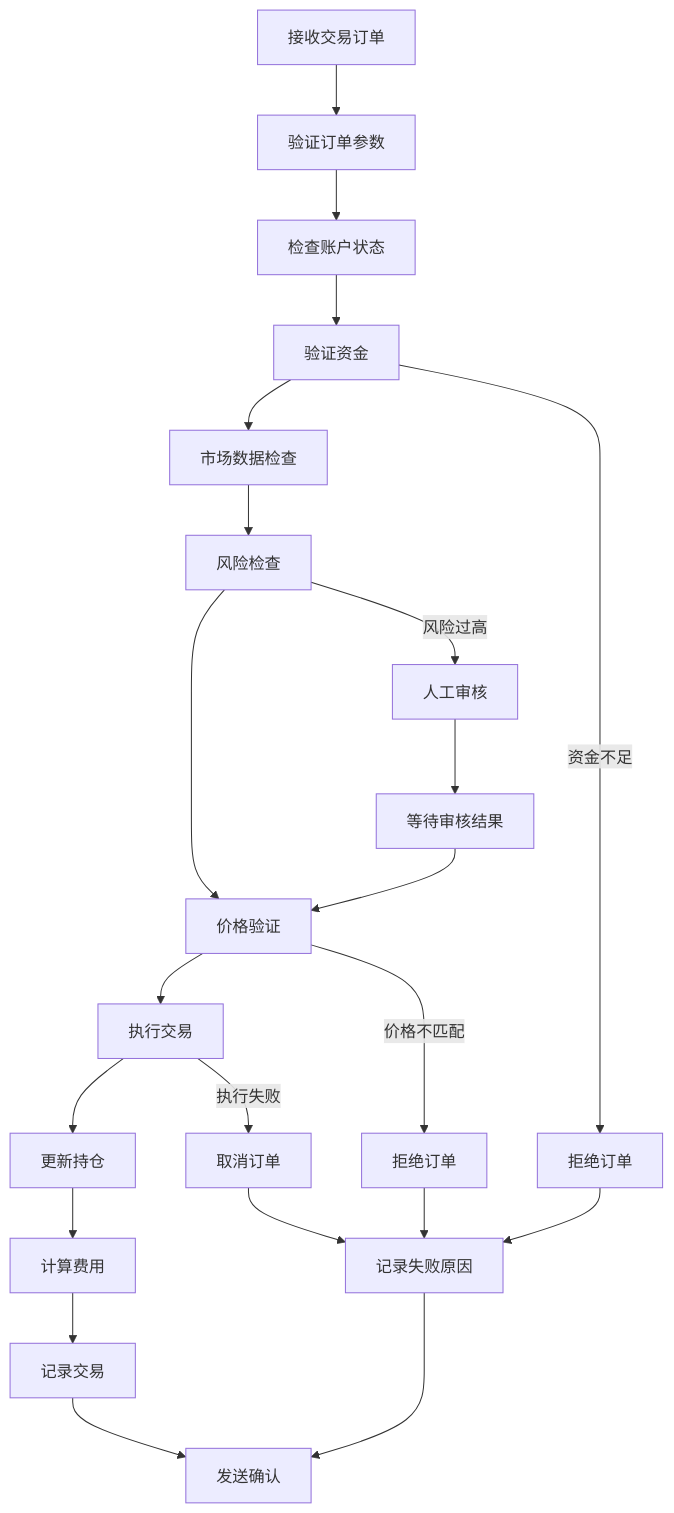
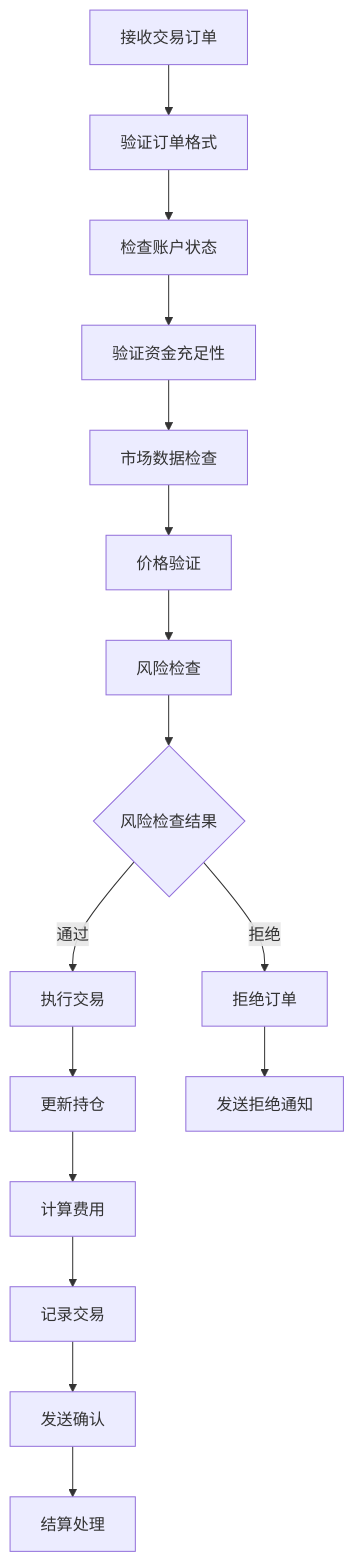
One commit to martin-ly/rust-lang changed the second of 3 diagrams in docs/industry_domains/fintech/business_modeling.md. Above: the diagram before and after it, drawn with Mermaid. The commit also changed other lines of this file and 1 other file, not shown here.

````diff
--- a/docs/industry_domains/fintech/business_modeling.md
+++ b/docs/industry_domains/fintech/business_modeling.md
@@ -630,26 +637,18 @@
 ```mermaid
 graph TD
-    A[接收交易订单] --> B[验证订单参数]
+    A[接收交易订单] --> B[验证订单格式]
     B --> C[检查账户状态]
-    C --> D[验证资金]
+    C --> D[验证资金充足性]
     D --> E[市场数据检查]
-    E --> F[风险检查]
-    F --> G[价格验证]
-    G --> H[执行交易]
-    H --> I[更新持仓]
-    I --> J[计算费用]
-    J --> K[记录交易]
-    K --> L[发送确认]
-    
-    D -->|资金不足| M[拒绝订单]
-    F -->|风险过高| N[人工审核]
-    G -->|价格不匹配| O[拒绝订单]
-    H -->|执行失败| P[取消订单]
-    
-    M --> Q[记录失败原因]
-    N --> R[等待审核结果]
-    O --> Q
-    P --> Q
-    Q --> L
-    R --> G
+    E --> F[价格验证]
+    F --> G[风险检查]
+    G --> H{风险检查结果}
+    H -->|通过| I[执行交易]
+    H -->|拒绝| J[拒绝订单]
+    I --> K[更新持仓]
+    K --> L[计算费用]
+    L --> M[记录交易]
+    M --> N[发送确认]
+    N --> O[结算处理]
+    J --> P[发送拒绝通知]
 ```
````
